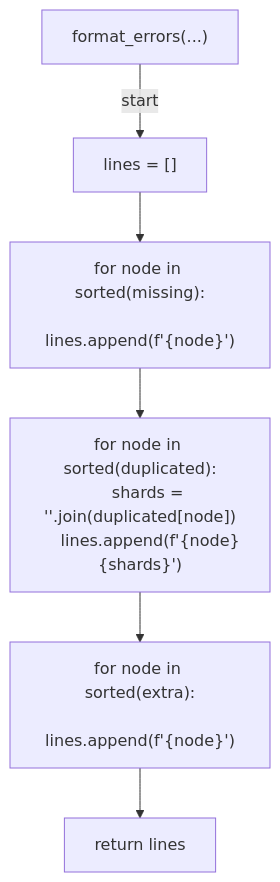
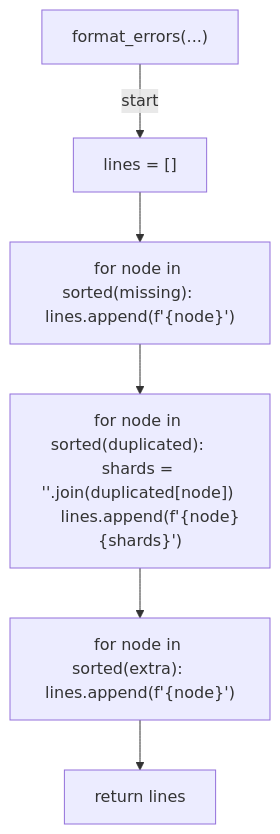
The sixth of 8 diagrams in docs/generated/scripts/ast/verify_shard_coverage.md (tvna/claude-md), drawn with Mermaid before and after one commit. The commit also changed other lines of this file and 15 other files, not shown here.

First line of the commit message:
docs(generated): regenerate decision tree and workflow diagrams (batch 5/5)

````diff
--- a/docs/generated/scripts/ast/verify_shard_coverage.md
+++ b/docs/generated/scripts/ast/verify_shard_coverage.md
@@ -99,18 +88,14 @@
 ```mermaid
 flowchart TD
     N001["format_errors(...)"]
     N002["lines = []"]
-    N003["for node in sorted(missing):
-    lines.append(f'<str>{node}<str>')"]
-    N004["for node in sorted(duplicated):
-    shards = '<str>'.join(duplicated[node])
-    lines.append(f'<str>{node}<str>{shards}<str>')"]
-    N005["for node in sorted(extra):
-    lines.append(f'<str>{node}<str>')"]
+    N003["for node in sorted(missing):     lines.append(f'<str>{node}<str>')"]
+    N004["for node in sorted(duplicated):     shards = '<str>'.join(duplicated[node])     lines.append(f'<str>{node}<str>{shards}<str>')"]
+    N005["for node in sorted(extra):     lines.append(f'<str>{node}<str>')"]
     N006["return lines"]
     N001 -->|"start"| N002
     N002 --> N003
     N003 --> N004
     N004 --> N005
     N005 --> N006
 ```
````
